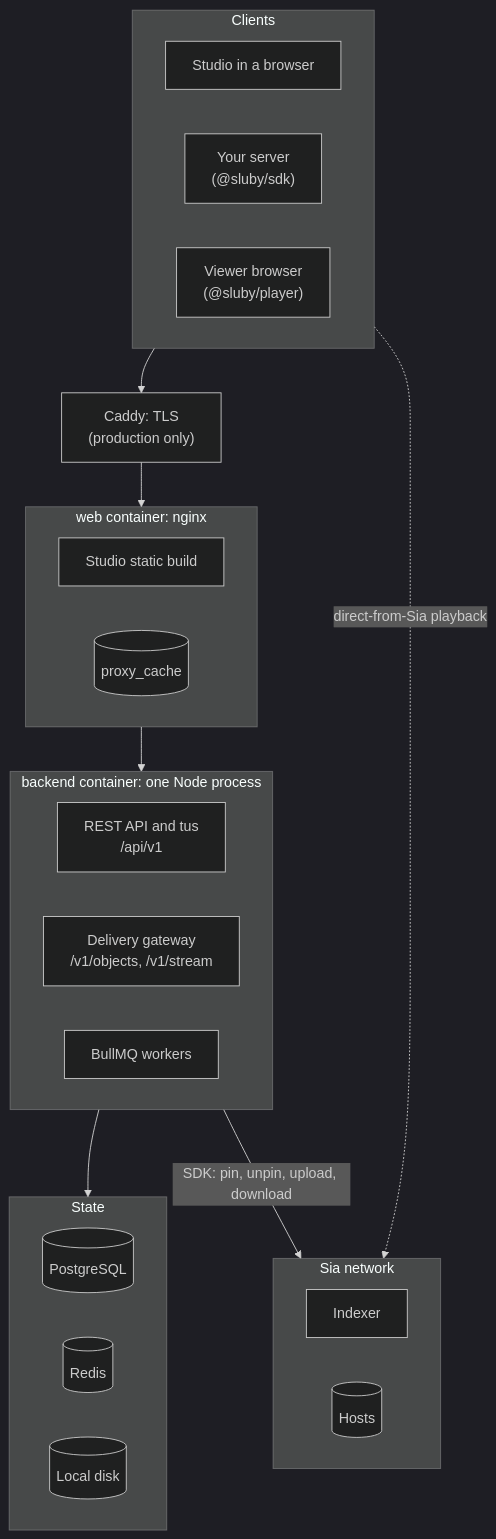
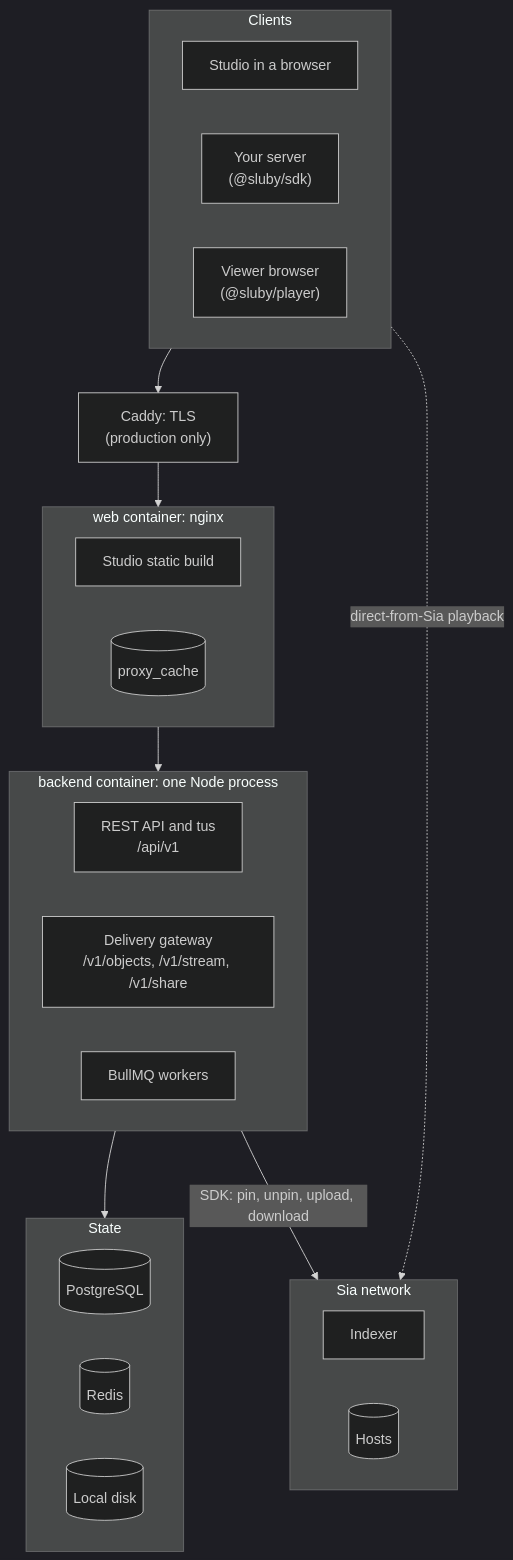
The first of 2 diagrams in docs/architecture/index.md (justmert/Sluby), drawn with Mermaid (dark theme) before and after one commit. The commit also changed other lines of this file and 5 other files, not shown here.

Commit message:
document keyless direct-from-sia playback and the public share map in the guides and architecture pages

````diff
--- a/docs/architecture/index.md
+++ b/docs/architecture/index.md
@@ -16,37 +16,37 @@
 ```mermaid
 flowchart TB
   subgraph clients [Clients]
     direction LR
     studio[Studio in a browser]
     server["Your server<br/>(@sluby/sdk)"]
     player["Viewer browser<br/>(@sluby/player)"]
   end
   caddy["Caddy: TLS<br/>(production only)"]
   subgraph webc [web container: nginx]
     direction LR
     spa[Studio static build]
     pcache[(proxy_cache)]
   end
   subgraph backendc [backend container: one Node process]
     direction LR
     api["REST API and tus<br/>/api/v1"]
-    gateway["Delivery gateway<br/>/v1/objects, /v1/stream"]
+    gateway["Delivery gateway<br/>/v1/objects, /v1/stream, /v1/share"]
     workers[BullMQ workers]
   end
   subgraph state [State]
     direction LR
     pg[(PostgreSQL)]
     redis[(Redis)]
     disk[(Local disk)]
   end
   subgraph sia [Sia network]
     direction LR
     indexer[Indexer]
     hosts[(Hosts)]
   end
 
   clients --> caddy --> webc --> backendc
   backendc --> state
   backendc -- "SDK: pin, unpin, upload, download" --> sia
   player -. "direct-from-Sia playback" .-> sia
 ```
````
